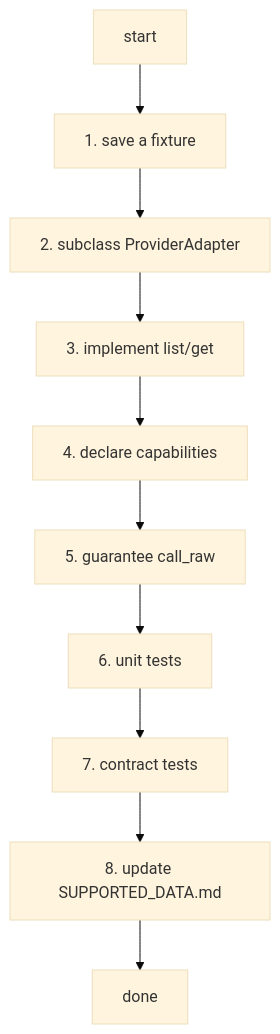
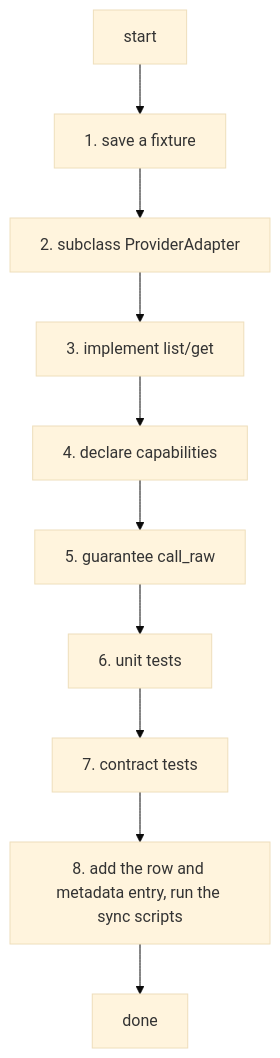
One commit to kpubdata-lab/kpubdata changed the second of 2 diagrams in AGENTS.md. Above: the diagram before and after it, drawn with Mermaid (base theme). The commit also changed other lines of this file and 15 other files, not shown here.

````diff
--- a/AGENTS.md
+++ b/AGENTS.md
@@ -484,12 +504,12 @@
 ```mermaid
 flowchart TD
     Start[start] --> F1[1. save a fixture]
     F1 --> F2[2. subclass ProviderAdapter]
     F2 --> F3[3. implement list/get]
     F3 --> F4[4. declare capabilities]
     F4 --> F5[5. guarantee call_raw]
     F5 --> F6[6. unit tests]
     F6 --> F7[7. contract tests]
-    F7 --> F8[8. update SUPPORTED_DATA.md]
+    F7 --> F8[8. add the row and metadata entry, run the sync scripts]
     F8 --> End[done]
 ```
````
